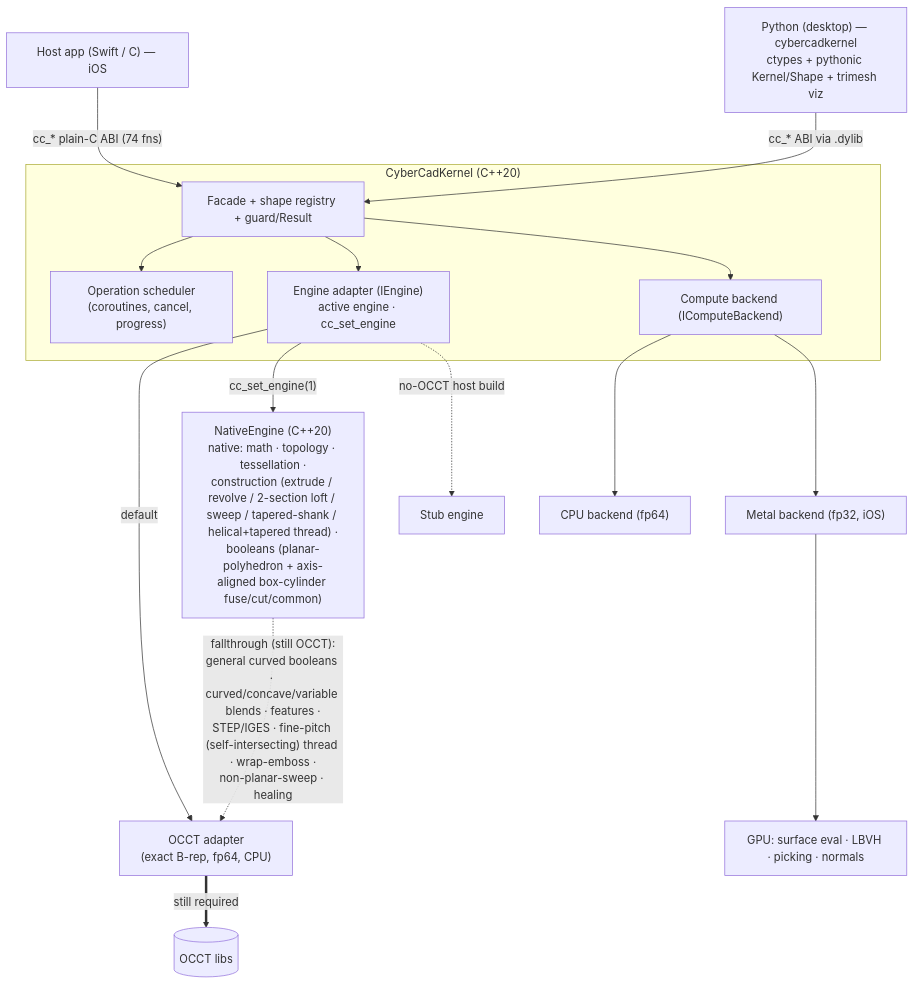
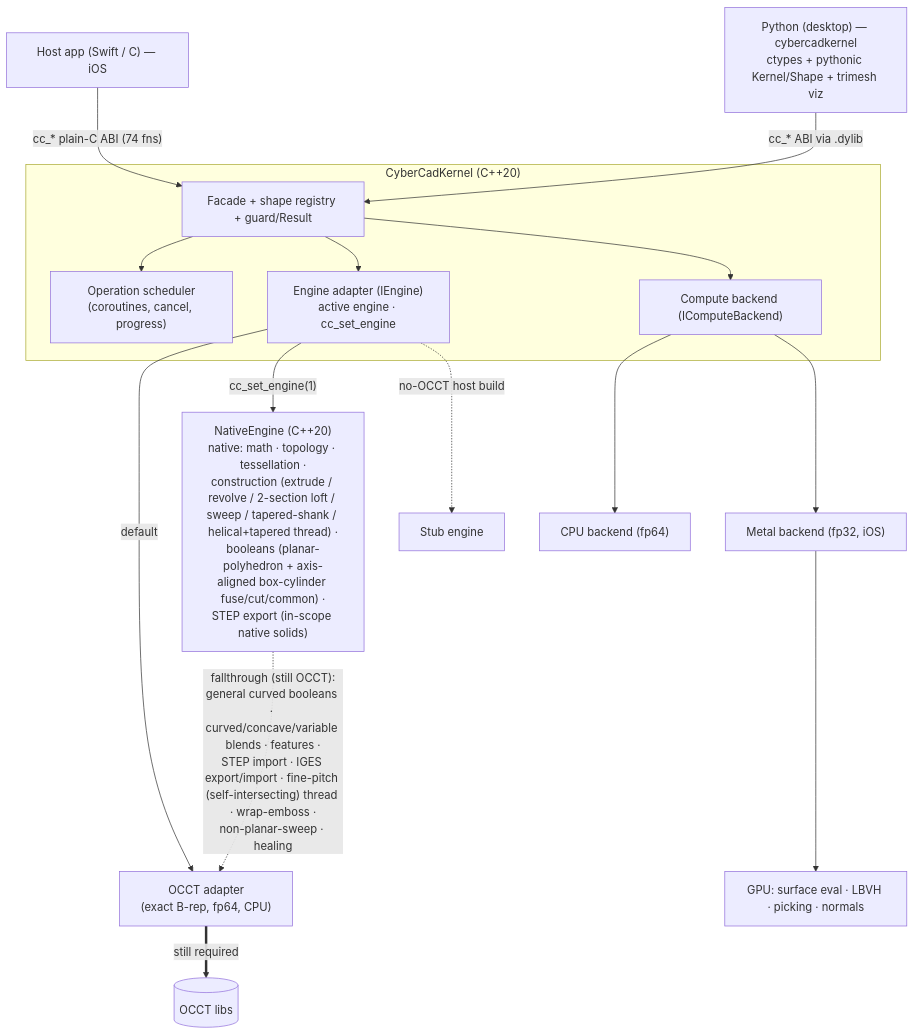
Before and after one commit to CyberdyneCorp/CyberCadKernel: the diagram in README.md, drawn with Mermaid. The commit also changed other lines of this file and 21 other files, not shown here.

````diff
--- a/README.md
+++ b/README.md
@@ -33,27 +33,27 @@
 ```mermaid
 flowchart TD
     App["Host app (Swift / C) — iOS"] -->|"cc_* plain-C ABI (74 fns)"| Facade
     Py["Python (desktop) — cybercadkernel<br/>ctypes + pythonic Kernel/Shape + trimesh viz"] -->|"cc_* ABI via .dylib"| Facade
 
     subgraph Kernel["CyberCadKernel (C++20)"]
         Facade["Facade + shape registry + guard/Result"]
         Sched["Operation scheduler<br/>(coroutines, cancel, progress)"]
         Engine["Engine adapter (IEngine)<br/>active engine · cc_set_engine"]
         Compute["Compute backend (IComputeBackend)"]
 
         Facade --> Sched
         Facade --> Engine
         Facade --> Compute
     end
 
     Engine -->|"default"| OCCT["OCCT adapter<br/>(exact B-rep, fp64, CPU)"]
-    Engine -->|"cc_set_engine(1)"| Native["NativeEngine (C++20)<br/>native: math · topology · tessellation ·<br/>construction (extrude / revolve / 2-section loft / sweep / tapered-shank / helical+tapered thread) ·<br/>booleans (planar-polyhedron + axis-aligned box-cylinder fuse/cut/common)"]
+    Engine -->|"cc_set_engine(1)"| Native["NativeEngine (C++20)<br/>native: math · topology · tessellation ·<br/>construction (extrude / revolve / 2-section loft / sweep / tapered-shank / helical+tapered thread) ·<br/>booleans (planar-polyhedron + axis-aligned box-cylinder fuse/cut/common) ·<br/>STEP export (in-scope native solids)"]
     Engine -.->|"no-OCCT host build"| Stub["Stub engine"]
 
-    Native -.->|"fallthrough (still OCCT):<br/>general curved booleans · curved/concave/variable blends · features ·<br/>STEP/IGES · fine-pitch (self-intersecting) thread · wrap-emboss ·<br/>non-planar-sweep · healing"| OCCT
+    Native -.->|"fallthrough (still OCCT):<br/>general curved booleans · curved/concave/variable blends · features ·<br/>STEP import · IGES export/import · fine-pitch (self-intersecting) thread · wrap-emboss ·<br/>non-planar-sweep · healing"| OCCT
     OCCT ==>|"still required"| OCCTlib[("OCCT libs")]
 
     Compute --> CPUb["CPU backend (fp64)"]
     Compute --> Metal["Metal backend (fp32, iOS)"]
     Metal --> GPU["GPU: surface eval · LBVH · picking · normals"]
 ```
````
